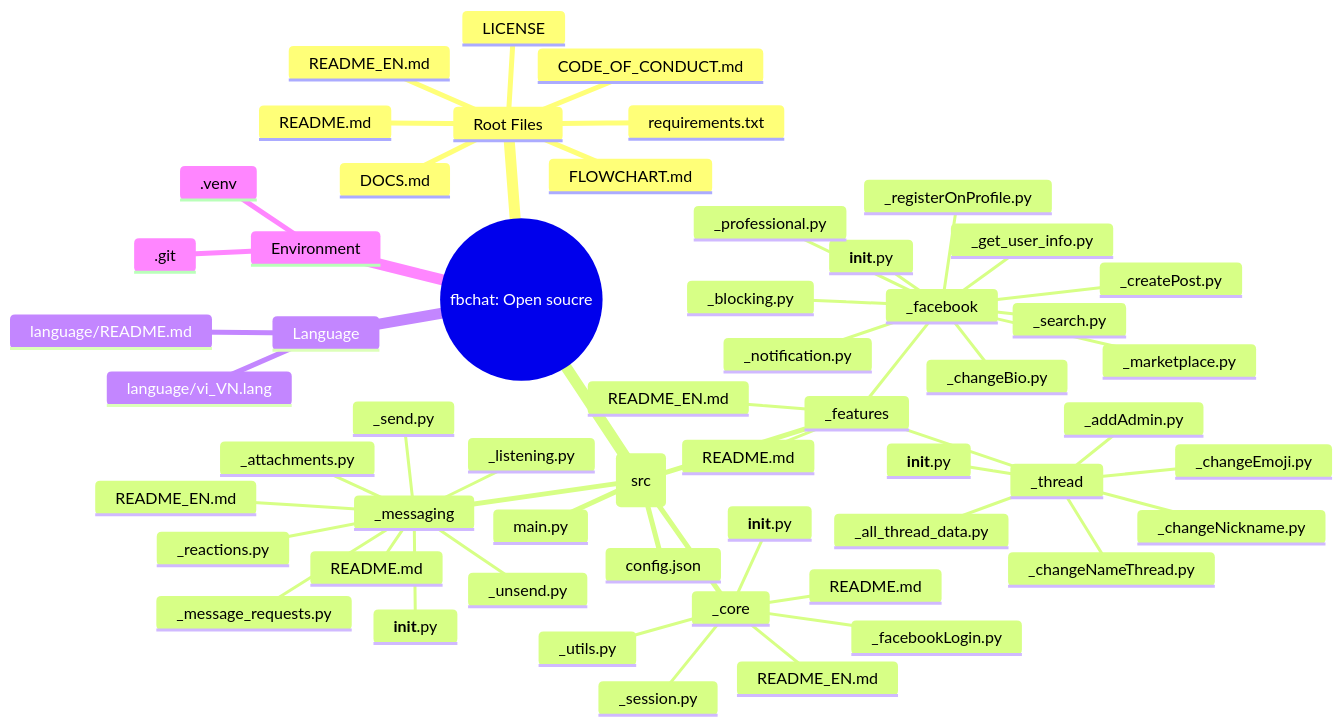
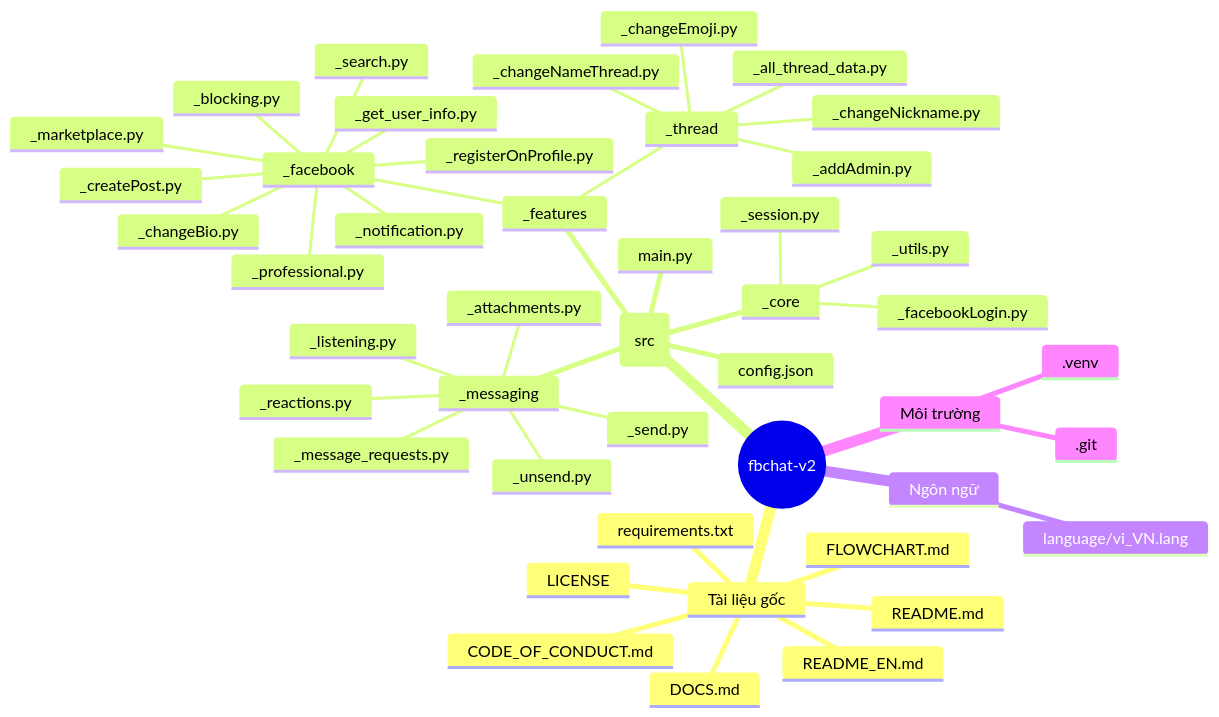
The second of 2 diagrams in README.md (MinhHuyDev/fbchat-v2), drawn with Mermaid before and after one commit. The commit also changed other lines of this file and 12 other files, not shown here.

````diff
--- a/README.md
+++ b/README.md
@@ -85,59 +161,48 @@
 ```mermaid
 mindmap
-  root((fbchat: Open soucre))
-    Root Files
+  root((fbchat-v2))
+    Tài liệu gốc
       README.md
       README_EN.md
       DOCS.md
+      FLOWCHART.md
       CODE_OF_CONDUCT.md
       LICENSE
       requirements.txt
-      FLOWCHART.md
-    Source Code (src)
+    Mã nguồn (src)
       main.py
       config.json
       _core
-        __init__.py
+        _facebookLogin.py
         _session.py
         _utils.py
-        _facebookLogin.py
-        README.md
-        README_EN.md
       _features
-        README.md
-        README_EN.md
         _facebook
-          __init__.py
           _blocking.py
           _changeBio.py
           _createPost.py
           _get_user_info.py
           _marketplace.py
           _notification.py
           _professional.py
           _registerOnProfile.py
           _search.py
         _thread
-          __init__.py
           _addAdmin.py
           _all_thread_data.py
           _changeEmoji.py
           _changeNameThread.py
           _changeNickname.py
       _messaging
-        __init__.py
         _attachments.py
         _listening.py
         _message_requests.py
         _reactions.py
         _send.py
         _unsend.py
-        README.md
-        README_EN.md
-    Language
-      language/README.md
+    Ngôn ngữ
       language/vi_VN.lang
-    Environment
+    Môi trường
       .venv
       .git
 ```
````
